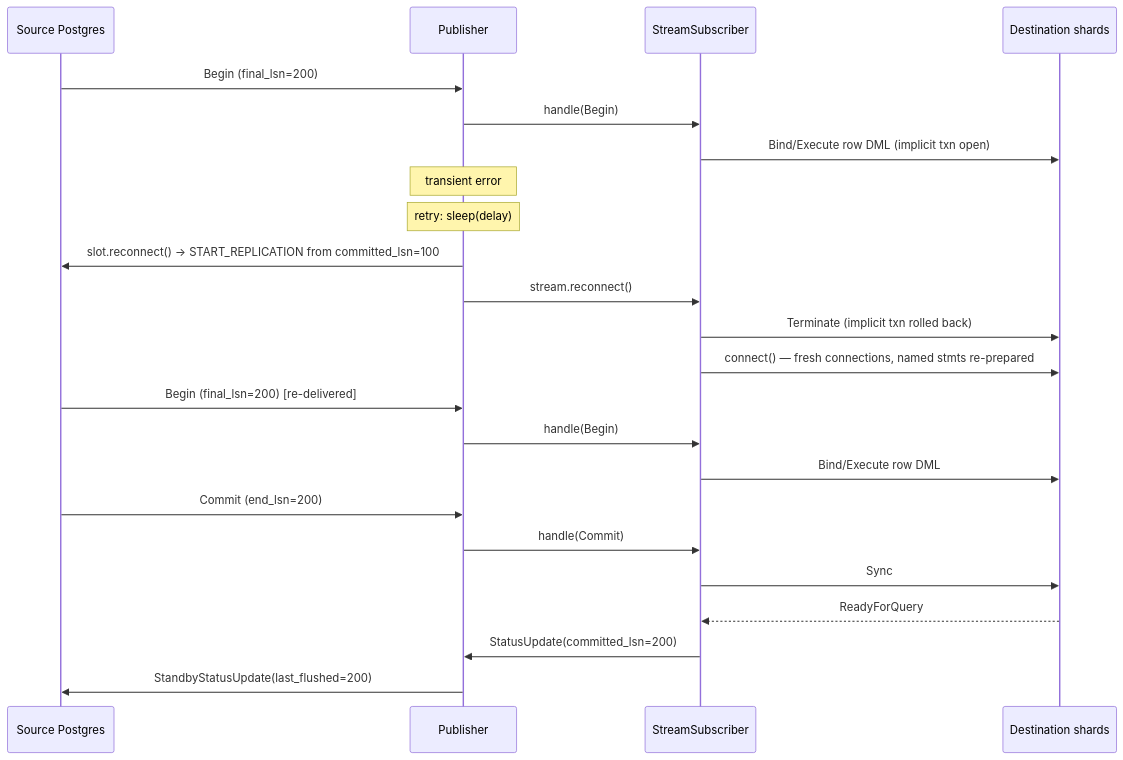
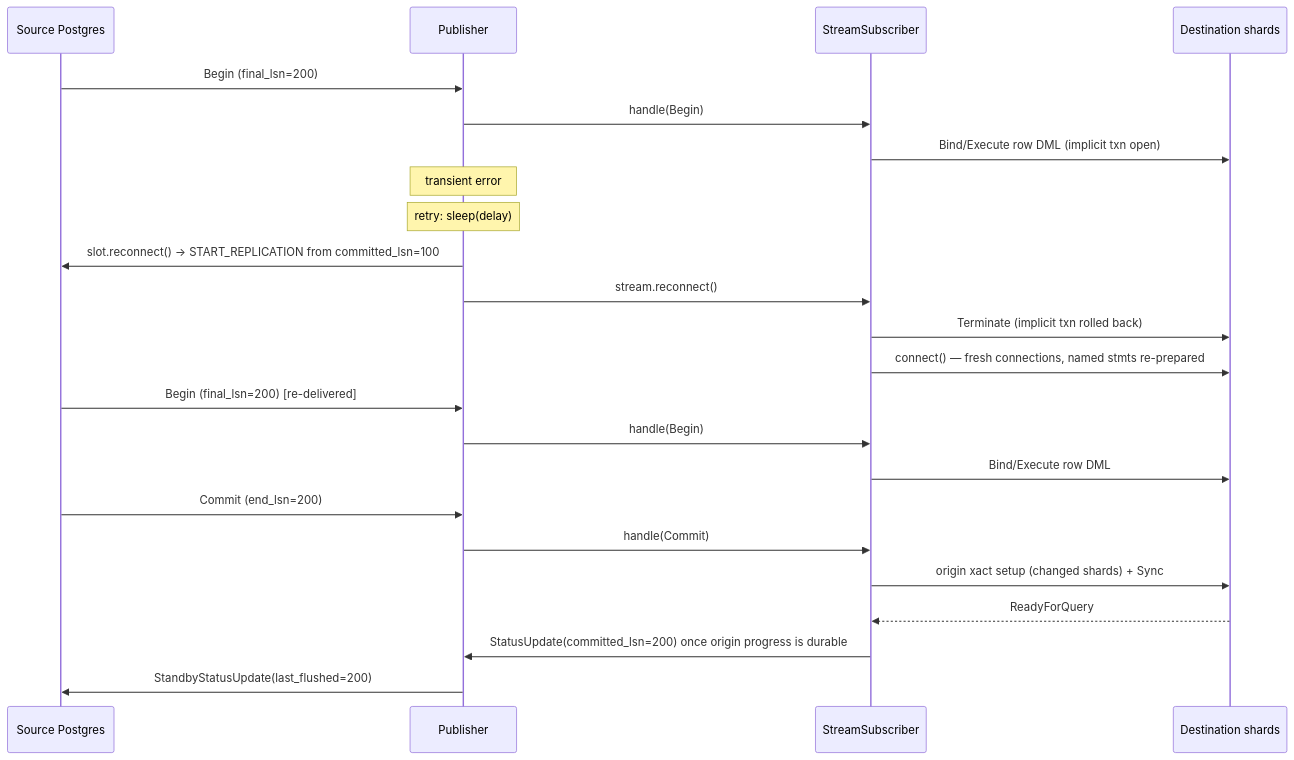
One commit to pgdogdev/pgdog changed the fifth of 5 diagrams in docs/REPLICATION.md. Above: the diagram before and after it, drawn with Mermaid. The commit also changed other lines of this file and 15 other files, not shown here.

Commit message:
refactor(replication): use replication origin to track durable progress

````diff
--- a/docs/REPLICATION.md
+++ b/docs/REPLICATION.md
@@ -418,28 +450,28 @@
 ```mermaid
 sequenceDiagram
     participant PG as Source Postgres
     participant PUB as Publisher
     participant SS as StreamSubscriber
     participant DS as Destination shards
 
     PG->>PUB: Begin (final_lsn=200)
     PUB->>SS: handle(Begin)
     SS->>DS: Bind/Execute row DML (implicit txn open)
     Note over PUB: transient error
 
     Note over PUB: retry: sleep(delay)
     PUB->>PG: slot.reconnect() → START_REPLICATION from committed_lsn=100
     PUB->>SS: stream.reconnect()
     SS->>DS: Terminate (implicit txn rolled back)
     SS->>DS: connect() — fresh connections, named stmts re-prepared
 
     PG->>PUB: Begin (final_lsn=200)  [re-delivered]
     PUB->>SS: handle(Begin)
     SS->>DS: Bind/Execute row DML
     PG->>PUB: Commit (end_lsn=200)
     PUB->>SS: handle(Commit)
-    SS->>DS: Sync
+    SS->>DS: origin xact setup (changed shards) + Sync
     DS-->>SS: ReadyForQuery
-    SS->>PUB: StatusUpdate(committed_lsn=200)
+    SS->>PUB: StatusUpdate(committed_lsn=200) once origin progress is durable
     PUB->>PG: StandbyStatusUpdate(last_flushed=200)
 ```
````
